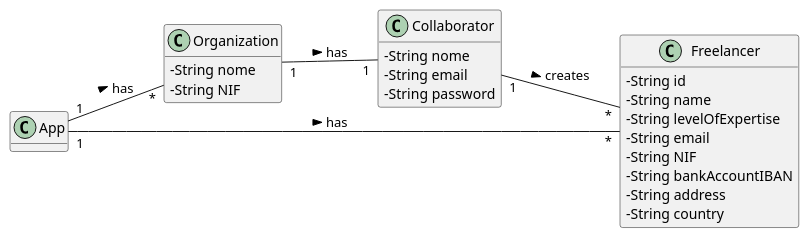
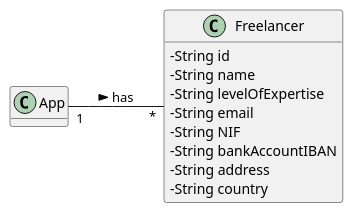
Before and after one commit to botelho-io/lapr2-2020-g029: the diagram in docs/UC_03/MD.puml, drawn with PlantUML. The commit also changed 8 other files, not shown here.

```diff
--- a/docs/UC_03/MD.puml
+++ b/docs/UC_03/MD.puml
@@ -1,38 +1,24 @@
 @startuml MD
 
 skinparam classAttributeIconSize 0
 hide methods
 left to right direction
 
 class App {
 
-}
-
-class Organization {
-        - String nome
-        - String NIF
-}
-
-class Collaborator {
-        - String nome
-        - String email
-        - String password
 }
 
 class Freelancer {
         - String id
         - String name
         - String levelOfExpertise
         - String email
         - String NIF
         - String bankAccountIBAN
         - String address
         - String country
 }
 
-Collaborator                 "1" -- "*"      Freelancer                : creates >
-Organization                 "1" -- "1"      Collaborator              : has >
-App                          "1" -- "*"      Organization              : has >
 App                          "1" -- "*"      Freelancer                : has >
 
 @enduml
```
